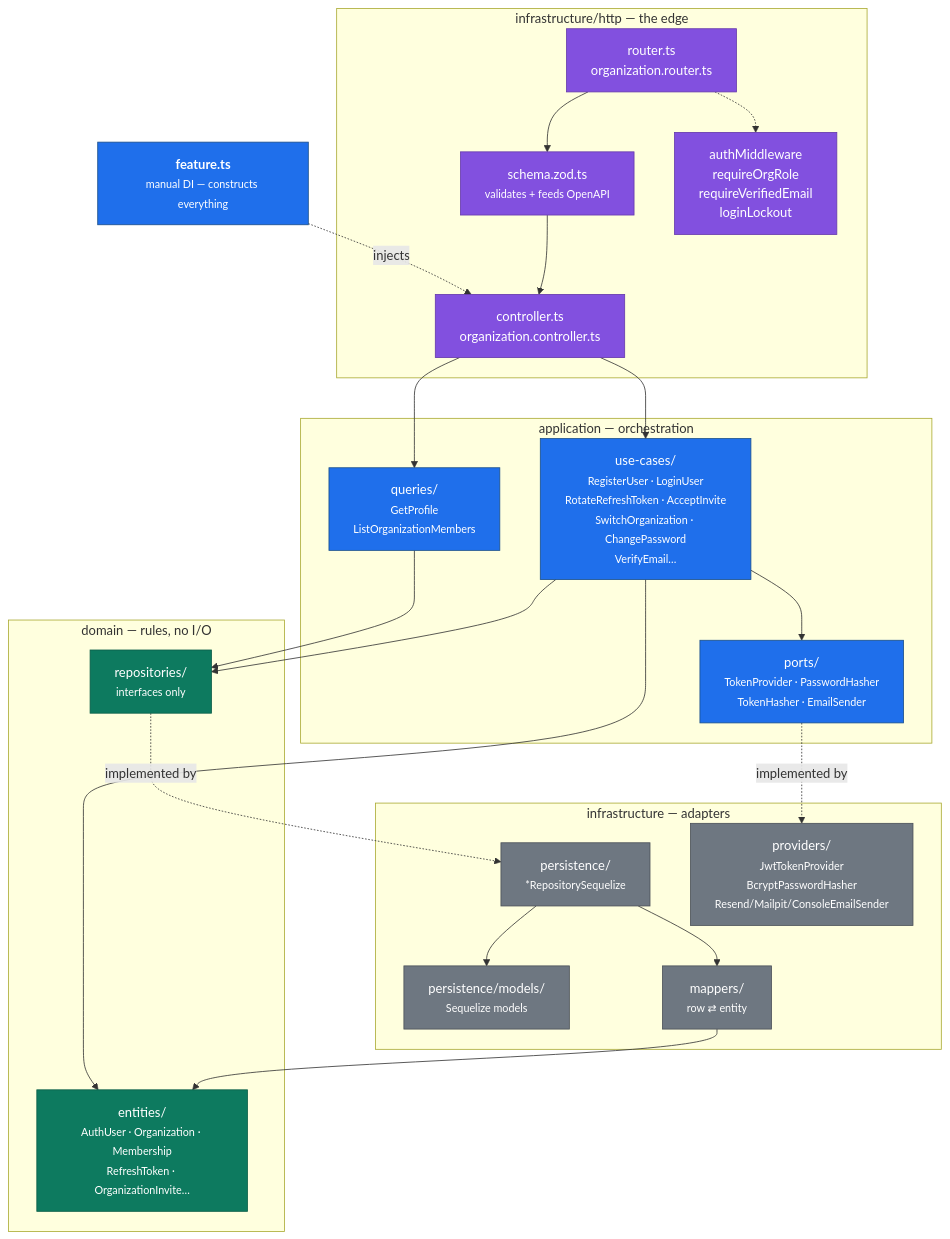
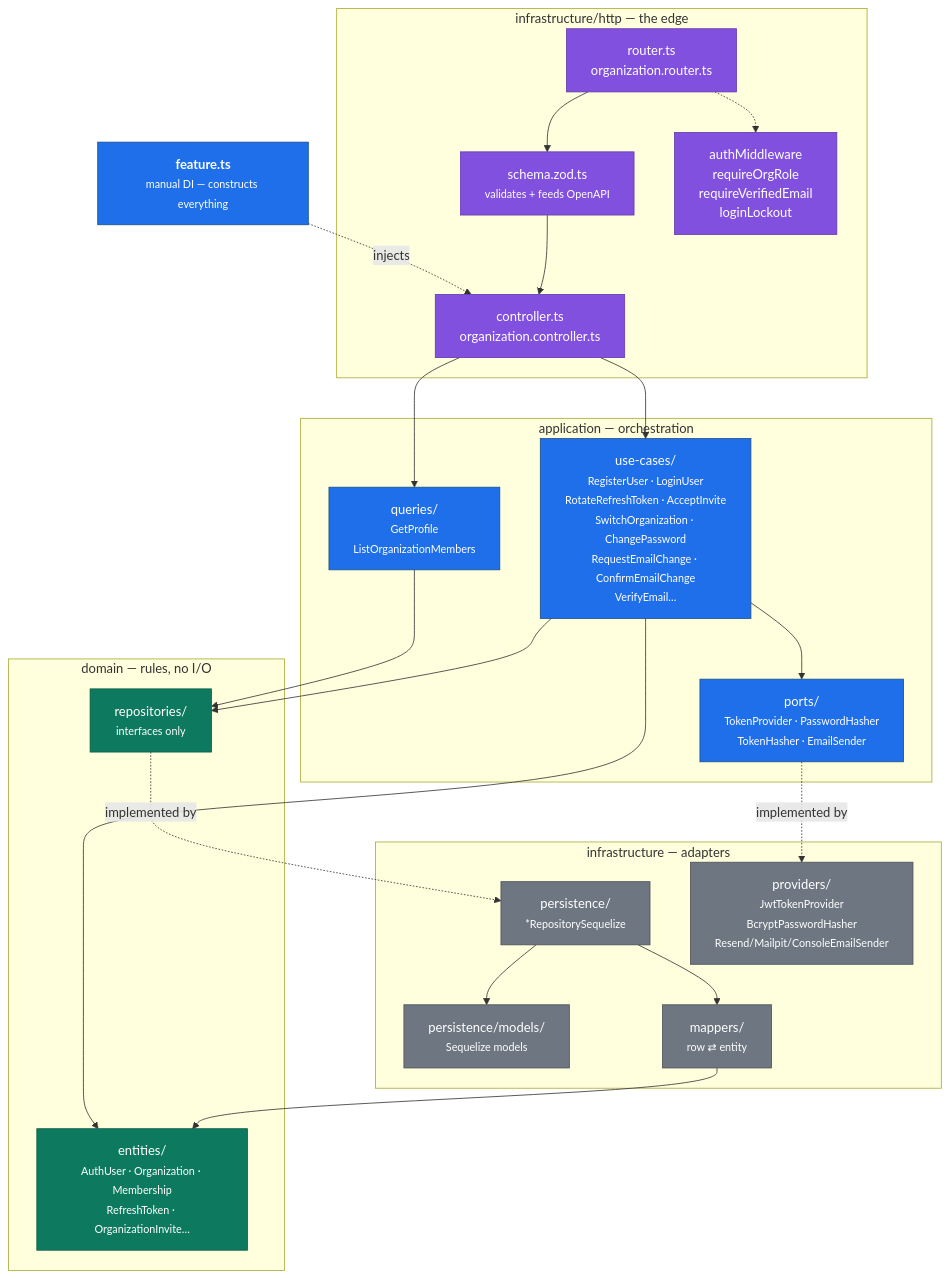
The diagram in docs/explanation/architecture/c4-components-auth.md (dimaszisby/lakira-backend), drawn with Mermaid before and after one commit. The commit also changed other lines of this file and 77 other files, not shown here.

````diff
--- a/docs/explanation/architecture/c4-components-auth.md
+++ b/docs/explanation/architecture/c4-components-auth.md
@@ -7,52 +7,52 @@
 ```mermaid
 graph TB
     subgraph http ["infrastructure/http — the edge"]
         router["router.ts<br/>organization.router.ts"]
         schema["schema.zod.ts<br/><small>validates + feeds OpenAPI</small>"]
         ctrl["controller.ts<br/>organization.controller.ts"]
         mw["authMiddleware<br/>requireOrgRole<br/>requireVerifiedEmail<br/>loginLockout"]
     end
 
     subgraph app ["application — orchestration"]
-        uc["use-cases/<br/><small>RegisterUser · LoginUser<br/>RotateRefreshToken · AcceptInvite<br/>SwitchOrganization · ChangePassword<br/>VerifyEmail…</small>"]
+        uc["use-cases/<br/><small>RegisterUser · LoginUser<br/>RotateRefreshToken · AcceptInvite<br/>SwitchOrganization · ChangePassword<br/>RequestEmailChange · ConfirmEmailChange<br/>VerifyEmail…</small>"]
         q["queries/<br/><small>GetProfile<br/>ListOrganizationMembers</small>"]
         ports["ports/<br/><small>TokenProvider · PasswordHasher<br/>TokenHasher · EmailSender</small>"]
     end
 
     subgraph dom ["domain — rules, no I/O"]
         ent["entities/<br/><small>AuthUser · Organization · Membership<br/>RefreshToken · OrganizationInvite…</small>"]
         repoif["repositories/<br/><small>interfaces only</small>"]
     end
 
     subgraph inf ["infrastructure — adapters"]
         repos["persistence/<br/><small>*RepositorySequelize</small>"]
         models["persistence/models/<br/><small>Sequelize models</small>"]
         prov["providers/<br/><small>JwtTokenProvider<br/>BcryptPasswordHasher<br/>Resend/Mailpit/ConsoleEmailSender</small>"]
         maps["mappers/<br/><small>row ⇄ entity</small>"]
     end
 
     feature["<b>feature.ts</b><br/><small>manual DI — constructs everything</small>"]
 
     router --> schema --> ctrl --> uc
     router -.-> mw
     ctrl --> q
     uc --> repoif
     uc --> ports
     q --> repoif
     repoif -.->|implemented by| repos
     ports -.->|implemented by| prov
     repos --> maps --> ent
     repos --> models
     uc --> ent
     feature -.->|injects| ctrl
 
     classDef d fill:#0d7a5f,stroke:#0a5d48,color:#fff
     classDef a fill:#1f6feb,stroke:#1a4f8a,color:#fff
     classDef i fill:#6e7781,stroke:#4a5058,color:#fff
     classDef e fill:#8250df,stroke:#6639ac,color:#fff
     class ent,repoif d
     class uc,q,ports a
     class repos,models,prov,maps i
     class router,schema,ctrl,mw e
     class feature a
 ```
````
